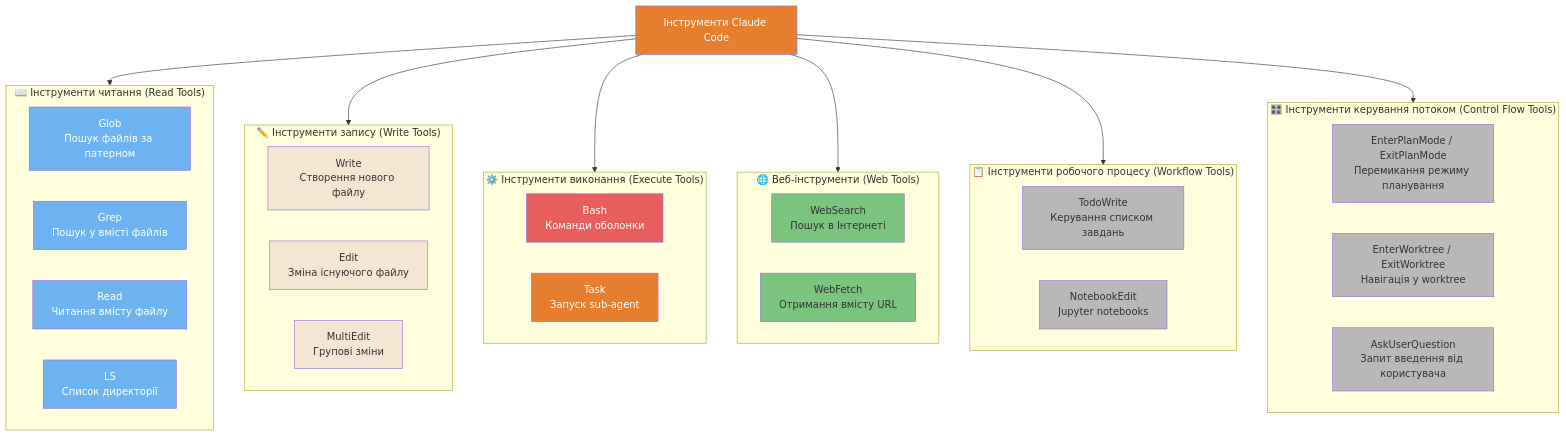
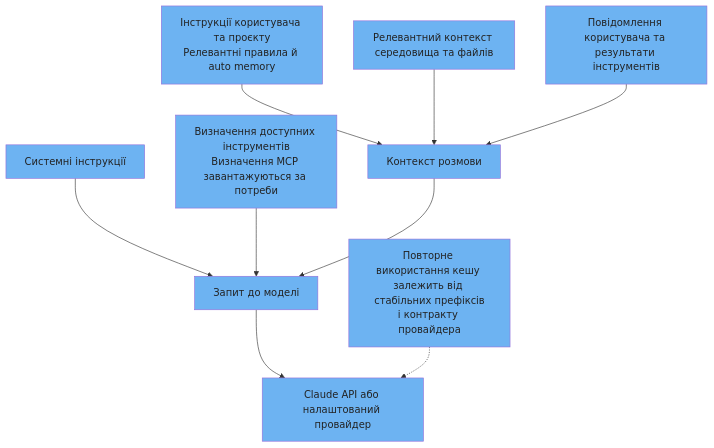
One commit to sermers-cyber/claude-code-ultimate-guide-ua changed the third of 5 diagrams in guide/diagrams/04-architecture-internals.uk.md. Above: the diagram before and after it, drawn with Mermaid. The commit also changed other lines of this file and 80 other files, not shown here.

````diff
--- a/guide/diagrams/04-architecture-internals.uk.md
+++ b/guide/diagrams/04-architecture-internals.uk.md
@@ -90,80 +139,29 @@
 ```mermaid
 flowchart TD
-    ROOT["Інструменти Claude Code"] --> READ
-    ROOT --> WRITE
-    ROOT --> EXECUTE
-    ROOT --> WEB
-    ROOT --> WORKFLOW
-    ROOT --> CONTROL
-
-    subgraph READ["📖 Інструменти читання (Read Tools)"]
-        R1[Glob<br/>Пошук файлів за патерном]
-        R2[Grep<br/>Пошук у вмісті файлів]
-        R3[Read<br/>Читання вмісту файлу]
-        R4[LS<br/>Список директорії]
-    end
-
-    subgraph WRITE["✏️ Інструменти запису (Write Tools)"]
-        W1[Write<br/>Створення нового файлу]
-        W2[Edit<br/>Зміна існуючого файлу]
-        W3[MultiEdit<br/>Групові зміни]
-    end
-
-    subgraph EXECUTE["⚙️ Інструменти виконання (Execute Tools)"]
-        E1[Bash<br/>Команди оболонки]
-        E2[Task<br/>Запуск sub-agent]
-    end
-
-    subgraph WEB["🌐 Веб-інструменти (Web Tools)"]
-        WB1[WebSearch<br/>Пошук в Інтернеті]
-        WB2[WebFetch<br/>Отримання вмісту URL]
-    end
-
-    subgraph WORKFLOW["📋 Інструменти робочого процесу (Workflow Tools)"]
-        WF1[TodoWrite<br/>Керування списком завдань]
-        WF2[NotebookEdit<br/>Jupyter notebooks]
-    end
-
-    subgraph CONTROL["🎛️ Інструменти керування потоком (Control Flow Tools)"]
-        CF1[EnterPlanMode / ExitPlanMode<br/>Перемикання режиму планування]
-        CF2[EnterWorktree / ExitWorktree<br/>Навігація у worktree]
-        CF3[AskUserQuestion<br/>Запит введення від користувача]
-    end
-
-    style ROOT fill:#E87E2F,color:#fff
-    style R1 fill:#6DB3F2,color:#fff
-    style R2 fill:#6DB3F2,color:#fff
-    style R3 fill:#6DB3F2,color:#fff
-    style R4 fill:#6DB3F2,color:#fff
-    style W1 fill:#F5E6D3,color:#333
-    style W2 fill:#F5E6D3,color:#333
-    style W3 fill:#F5E6D3,color:#333
-    style E1 fill:#E85D5D,color:#fff
-    style E2 fill:#E87E2F,color:#fff
-    style WB1 fill:#7BC47F,color:#333
-    style WB2 fill:#7BC47F,color:#333
-    style WF1 fill:#B8B8B8,color:#333
-    style WF2 fill:#B8B8B8,color:#333
-    style CF1 fill:#B8B8B8,color:#333
-    style CF2 fill:#B8B8B8,color:#333
-    style CF3 fill:#B8B8B8,color:#333
-
-    click ROOT href "https://github.com/gerasimsergey/claude-code-ultimate-guide-ua/blob/main/guide/core/architecture.md#2-the-tool-arsenal" "Інструменти Claude Code"
-    click R1 href "https://github.com/gerasimsergey/claude-code-ultimate-guide-ua/blob/main/guide/core/architecture.md#2-the-tool-arsenal" "Glob — Пошук файлів за патерном"
-    click R2 href "https://github.com/gerasimsergey/claude-code-ultimate-guide-ua/blob/main/guide/core/architecture.md#2-the-tool-arsenal" "Grep — Пошук у вмісті файлів"
-    click R3 href "https://github.com/gerasimsergey/claude-code-ultimate-guide-ua/blob/main/guide/core/architecture.md#2-the-tool-arsenal" "Read — Читання вмісту файлу"
-    click R4 href "https://github.com/gerasimsergey/claude-code-ultimate-guide-ua/blob/main/guide/core/architecture.md#2-the-tool-arsenal" "LS — Список директорії"
-    click W1 href "https://github.com/gerasimsergey/claude-code-ultimate-guide-ua/blob/main/guide/core/architecture.md#2-the-tool-arsenal" "Write — Створення нового файлу"
-    click W2 href "https://github.com/gerasimsergey/claude-code-ultimate-guide-ua/blob/main/guide/core/architecture.md#2-the-tool-arsenal" "Edit — Зміна існуючого файлу"
-    click W3 href "https://github.com/gerasimsergey/claude-code-ultimate-guide-ua/blob/main/guide/core/architecture.md#2-the-tool-arsenal" "MultiEdit — Групові зміни"
-    click E1 href "https://github.com/gerasimsergey/claude-code-ultimate-guide-ua/blob/main/guide/core/architecture.md#2-the-tool-arsenal" "Bash — Команди оболонки"
-    click E2 href "https://github.com/gerasimsergey/claude-code-ultimate-guide-ua/blob/main/guide/ultimate-guide.md#41-what-are-agents" "Task — Запуск sub-agent"
-    click WB1 href "https://github.com/gerasimsergey/claude-code-ultimate-guide-ua/blob/main/guide/core/architecture.md#2-the-tool-arsenal" "WebSearch"
-    click WB2 href "https://github.com/gerasimsergey/claude-code-ultimate-guide-ua/blob/main/guide/core/architecture.md#2-the-tool-arsenal" "WebFetch"
-    click WF1 href "https://github.com/gerasimsergey/claude-code-ultimate-guide-ua/blob/main/guide/core/architecture.md#2-the-tool-arsenal" "TodoWrite — Список завдань"
-    click WF2 href "https://github.com/gerasimsergey/claude-code-ultimate-guide-ua/blob/main/guide/core/architecture.md#2-the-tool-arsenal" "NotebookEdit — Jupyter"
-    click CONTROL href "https://github.com/gerasimsergey/claude-code-ultimate-guide-ua/blob/main/guide/core/architecture.md#2-the-tool-arsenal" "Інструменти керування потоком"
-    click CF1 href "https://github.com/gerasimsergey/claude-code-ultimate-guide-ua/blob/main/guide/core/architecture.md#2-the-tool-arsenal" "EnterPlanMode / ExitPlanMode"
-    click CF2 href "https://github.com/gerasimsergey/claude-code-ultimate-guide-ua/blob/main/guide/core/architecture.md#2-the-tool-arsenal" "EnterWorktree / ExitWorktree"
-    click CF3 href "https://github.com/gerasimsergey/claude-code-ultimate-guide-ua/blob/main/guide/core/architecture.md#2-the-tool-arsenal" "AskUserQuestion"
+    S[Системні інструкції] --> REQ[Запит до моделі]
+    T[Визначення доступних інструментів<br/>Визначення MCP завантажуються за потреби] --> REQ
+    U[Інструкції користувача та проєкту<br/>Релевантні правила й auto memory] --> CTX[Контекст розмови]
+    W[Релевантний контекст середовища та файлів] --> CTX
+    H[Повідомлення користувача та результати інструментів] --> CTX
+    CTX --> REQ
+    REQ --> API[Claude API або налаштований провайдер]
+    NOTE[Повторне використання кешу залежить від стабільних префіксів<br/>і контракту провайдера] -.-> API
+    style S fill:#6DB3F2,color:#222
+    click S href "https://github.com/gerasimsergey/claude-code-ultimate-guide-ua/blob/main/guide/core/architecture.uk.md#вміст-системного-промпту" "Вміст системного промпту"
+    style T fill:#6DB3F2,color:#222
+    click T href "https://github.com/gerasimsergey/claude-code-ultimate-guide-ua/blob/main/guide/core/architecture.uk.md#вміст-системного-промпту" "Вміст системного промпту"
+    style U fill:#6DB3F2,color:#222
+    click U href "https://github.com/gerasimsergey/claude-code-ultimate-guide-ua/blob/main/guide/core/architecture.uk.md#вміст-системного-промпту" "Вміст системного промпту"
+    style W fill:#6DB3F2,color:#222
+    click W href "https://github.com/gerasimsergey/claude-code-ultimate-guide-ua/blob/main/guide/core/architecture.uk.md#вміст-системного-промпту" "Вміст системного промпту"
+    style H fill:#6DB3F2,color:#222
+    click H href "https://github.com/gerasimsergey/claude-code-ultimate-guide-ua/blob/main/guide/core/architecture.uk.md#вміст-системного-промпту" "Вміст системного промпту"
+    style CTX fill:#6DB3F2,color:#222
+    click CTX href "https://github.com/gerasimsergey/claude-code-ultimate-guide-ua/blob/main/guide/core/architecture.uk.md#вміст-системного-промпту" "Вміст системного промпту"
+    style REQ fill:#6DB3F2,color:#222
+    click REQ href "https://github.com/gerasimsergey/claude-code-ultimate-guide-ua/blob/main/guide/core/architecture.uk.md#вміст-системного-промпту" "Вміст системного промпту"
+    style API fill:#6DB3F2,color:#222
+    click API href "https://github.com/gerasimsergey/claude-code-ultimate-guide-ua/blob/main/guide/core/architecture.uk.md#вміст-системного-промпту" "Вміст системного промпту"
+    style NOTE fill:#6DB3F2,color:#222
+    click NOTE href "https://github.com/gerasimsergey/claude-code-ultimate-guide-ua/blob/main/guide/core/architecture.uk.md#вміст-системного-промпту" "Вміст системного промпту"
 ```
````
